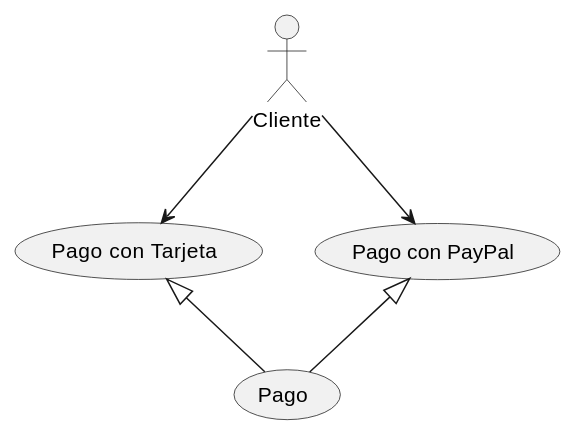
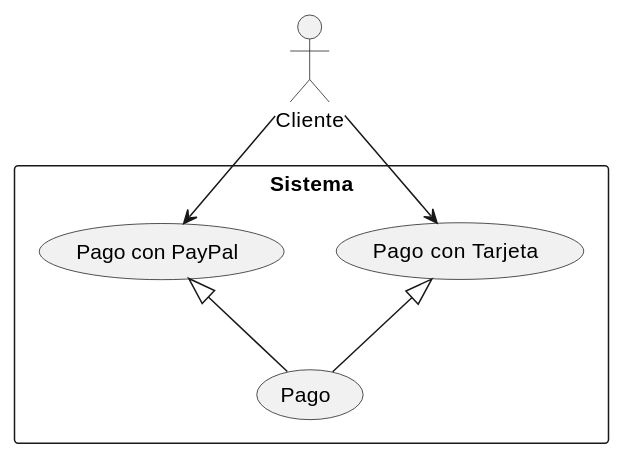
One commit to gaaguirrer/Clases changed diagram 15 of 26 in Ingeniería del Software I/Materiales/Introducción casos de uso.md. Above: the diagram before and after it, drawn with PlantUML. The commit also changed other lines of this file and 14 other files, not shown here.

````diff
--- a/Ingeniería del Software I/Materiales/Introducción casos de uso.md
+++ b/Ingeniería del Software I/Materiales/Introducción casos de uso.md
@@ -412,13 +479,17 @@
 ```plantuml
 @startuml
-(Pago) as Pago
-(Pago con Tarjeta) as PT
-(Pago con PayPal) as PP
+:Cliente: as C
 
-PT <|-- Pago
-PP <|-- Pago
+rectangle "Sistema" {
+    (Pago) as Pago
+    (Pago con Tarjeta) as PT
+    (Pago con PayPal) as PP
 
-:Cliente: --> PT
-:Cliente: --> PP
+    PT <|-- Pago
+    PP <|-- Pago
+}
+
+C --> PT
+C --> PP
 @enduml
 ```
````
